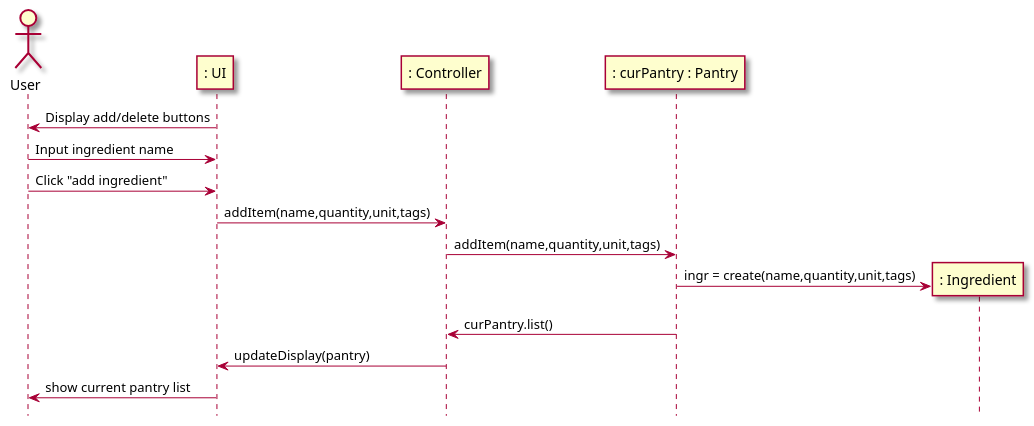
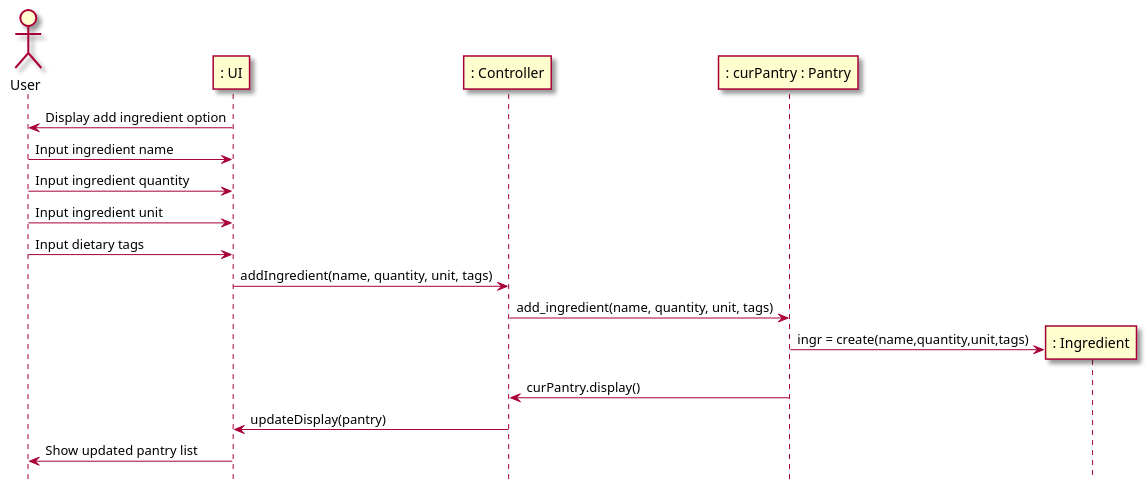
Before and after one commit to berthashipper/Pantry-Pal-Android-Application: the fifth of 8 diagrams in intellij/doc/use-cases/manage_pantry.md, drawn with PlantUML. The commit also changed other lines of this file and 2 other files, not shown here.

`````diff
--- a/intellij/doc/use-cases/manage_pantry.md
+++ b/intellij/doc/use-cases/manage_pantry.md
@@ -154,24 +154,26 @@
 ```plantuml
 @startuml
 skin rose
 
 hide footbox
 
 actor User as user
 participant ": UI" as ui
 participant ": Controller"  as cont
 participant ": curPantry : Pantry" as pantry
 participant ": Ingredient" as ingr
 
-ui -> user : Display add/delete buttons
+ui -> user : Display add ingredient option
 user -> ui : Input ingredient name
-user -> ui : Click "add ingredient"
-ui -> cont : addItem(name,quantity,unit,tags)
-cont -> pantry : addItem(name,quantity,unit,tags)
+user -> ui : Input ingredient quantity
+user -> ui : Input ingredient unit
+user -> ui : Input dietary tags
+ui -> cont : addIngredient(name, quantity, unit, tags)
+cont -> pantry : add_ingredient(name, quantity, unit, tags)
 pantry -> ingr **: ingr = create(name,quantity,unit,tags)
-pantry -> cont : curPantry.list()
+pantry -> cont : curPantry.display()
 cont -> ui : updateDisplay(pantry)
-ui -> user : show current pantry list
+ui -> user : Show updated pantry list
 
 @enduml
 ````
`````
